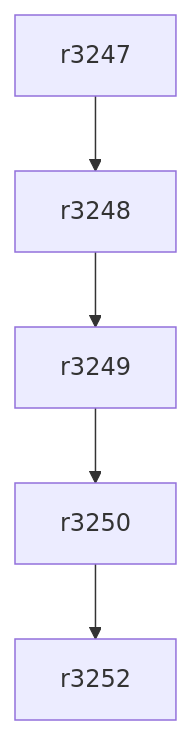
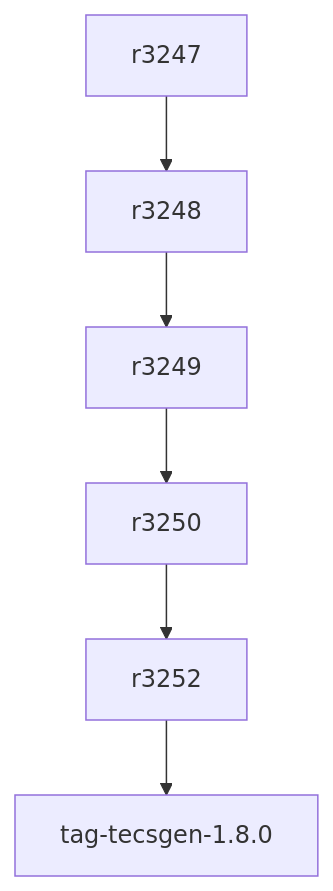
Before and after one commit to ykominami/testxprj: the diagram in tecsgen.md, drawn with Mermaid.

````diff
--- a/tecsgen.md
+++ b/tecsgen.md
@@ -1,9 +1,9 @@
 ```mermaid
 
 graph TD;
-
+  r3252-->tag-tecsgen-1.8.0;
   r3250-->r3252;
   r3249-->r3250;
   r3248-->r3249;
   r3247-->r3248;
 ```
````
